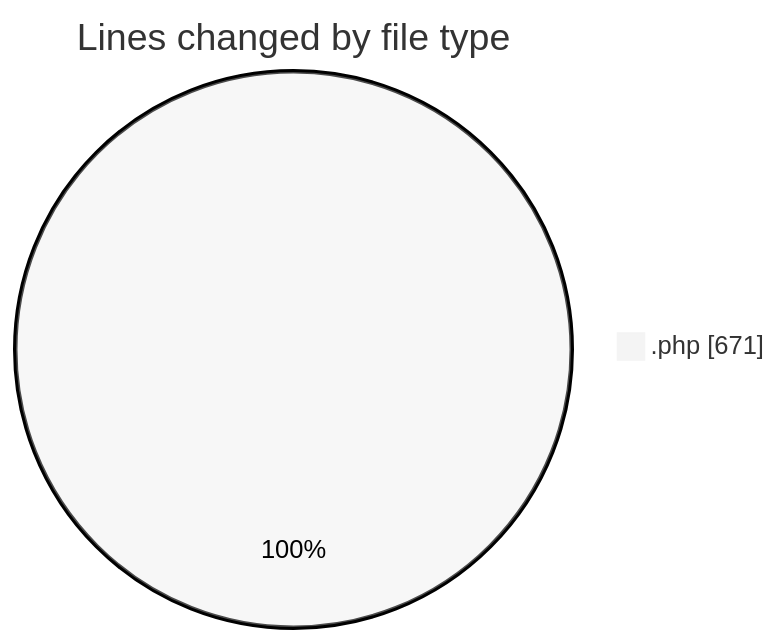
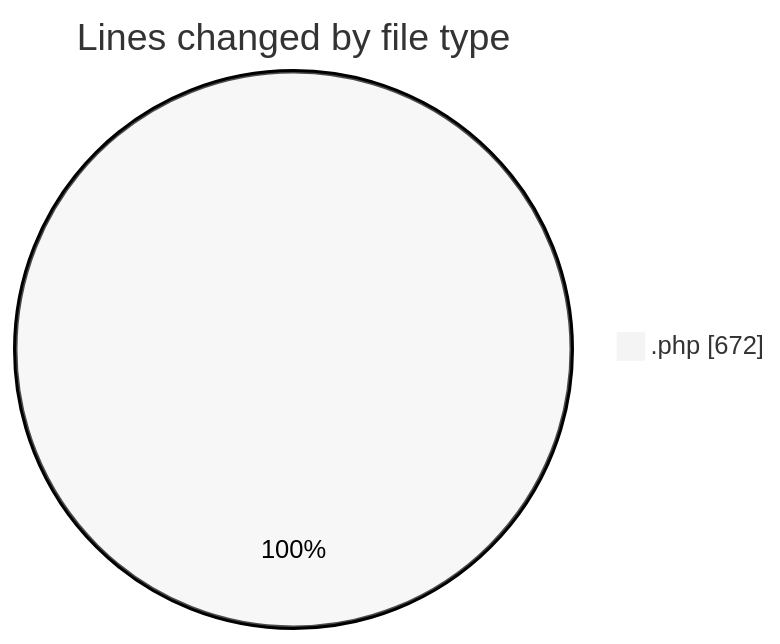
One commit to LanceThiago/code-tracking changed the first of 2 diagrams in 2025-10-03/totem2/README.md. Above: the diagram before and after it, drawn with Mermaid (neutral theme). The commit also changed other lines of this file and 1 other file, not shown here.

````diff
--- a/2025-10-03/totem2/README.md
+++ b/2025-10-03/totem2/README.md
@@ -21,5 +21,5 @@
 ```mermaid
 pie showData
 title Lines changed by file type
-".php" : 671
+".php" : 672
 ```
````
